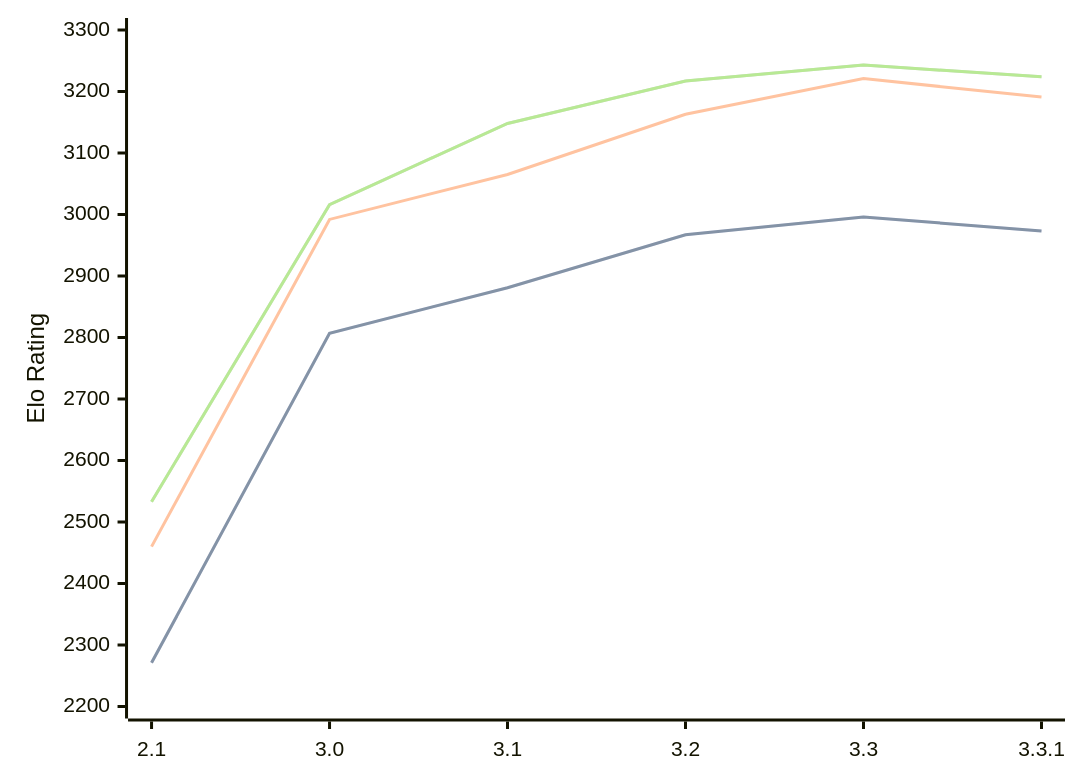
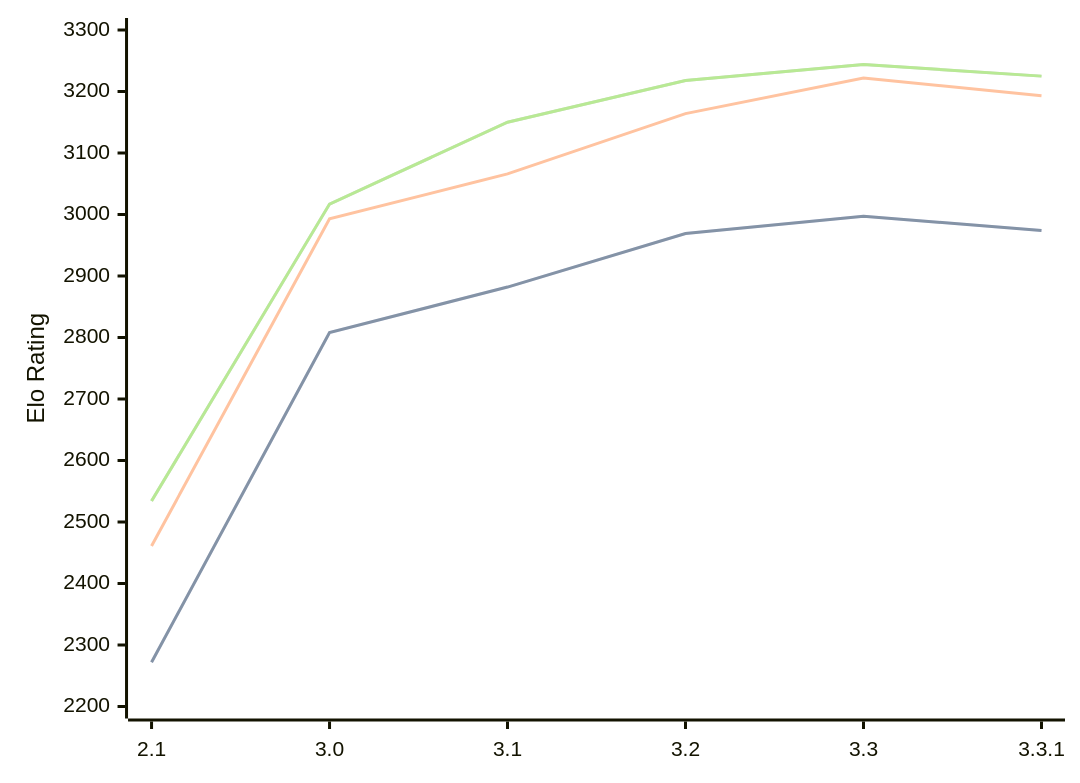
One commit to computer-chess-index/cci changed the diagram in engines/Petrel.md. Above: the diagram before and after it, drawn with Mermaid. The commit also changed other lines of this file, not shown here.

Commit message:
Update CCI Ratings (ELO VLTC) - 2026-05-16

````diff
--- a/engines/Petrel.md
+++ b/engines/Petrel.md
@@ -45,11 +45,11 @@
 ```mermaid
 %%{init: {"theme":"base","themeVariables":{"seriesColors:['#a3a3a3','#222221','#faa371']}}}%%
 xychart-beta
   x-axis ["2.1", "3.0", "3.1", "3.2", "3.3", "3.3.1"]
   y-axis "Elo Rating" 2200 --> 3300
-  line "STC (8.0+0.08s)" [2271, 2807, 2881, 2967, 2996, 2973]
-  line "STC (8.0+0.08s)" [2271, 2807, 2881, 2967, 2996, 2973]
-  line "LTC (60.0+0.60s)" [2460, 2992, 3065, 3163, 3221, 3191]
-  line "VLTC (2m24s+1.12s)" [2533, 3016, 3148, 3217, 3243, 3224]
-  line "VLTC (2m24s+1.12s)" [2533, 3016, 3148, 3217, 3243, 3224]
+  line "STC (8.0+0.08s)" [2272, 2808, 2882, 2969, 2997, 2974]
+  line "STC (8.0+0.08s)" [2272, 2808, 2882, 2969, 2997, 2974]
+  line "LTC (60.0+0.60s)" [2461, 2993, 3066, 3164, 3222, 3193]
+  line "VLTC (2m24s+1.12s)" [2534, 3017, 3150, 3218, 3244, 3225]
+  line "VLTC (2m24s+1.12s)" [2534, 3017, 3150, 3218, 3244, 3225]
 ```
````
